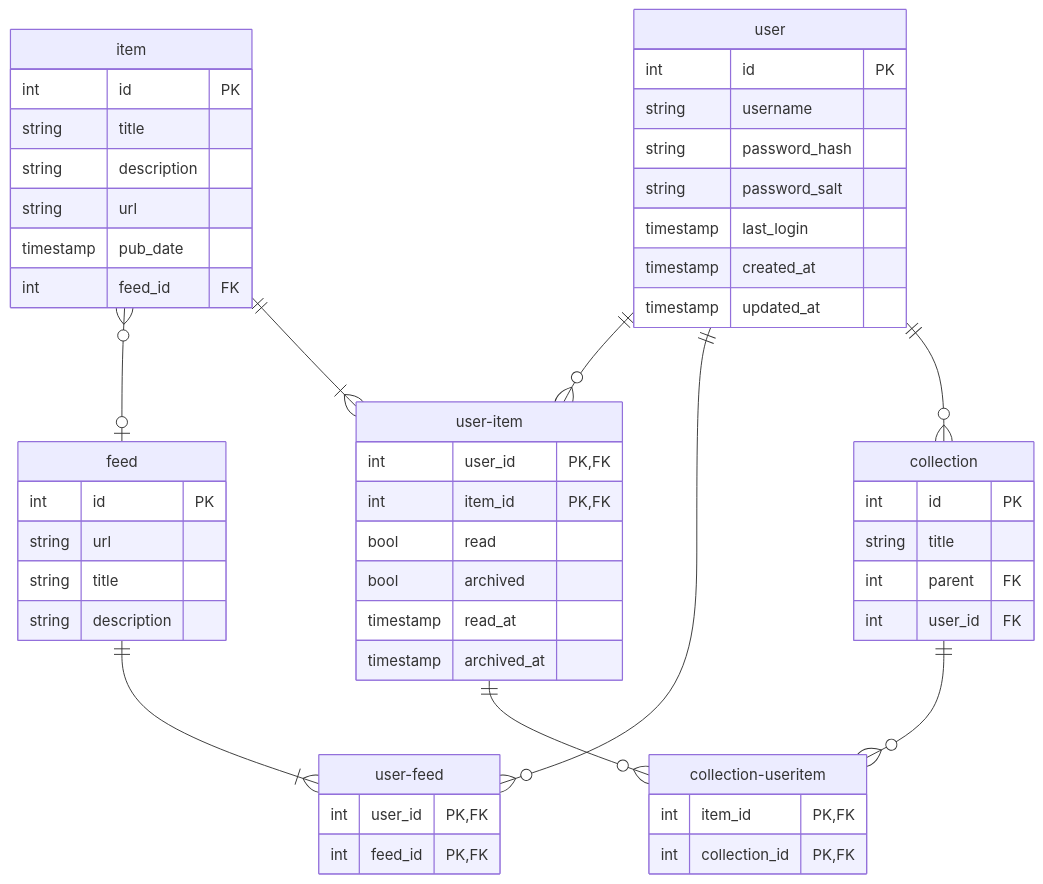
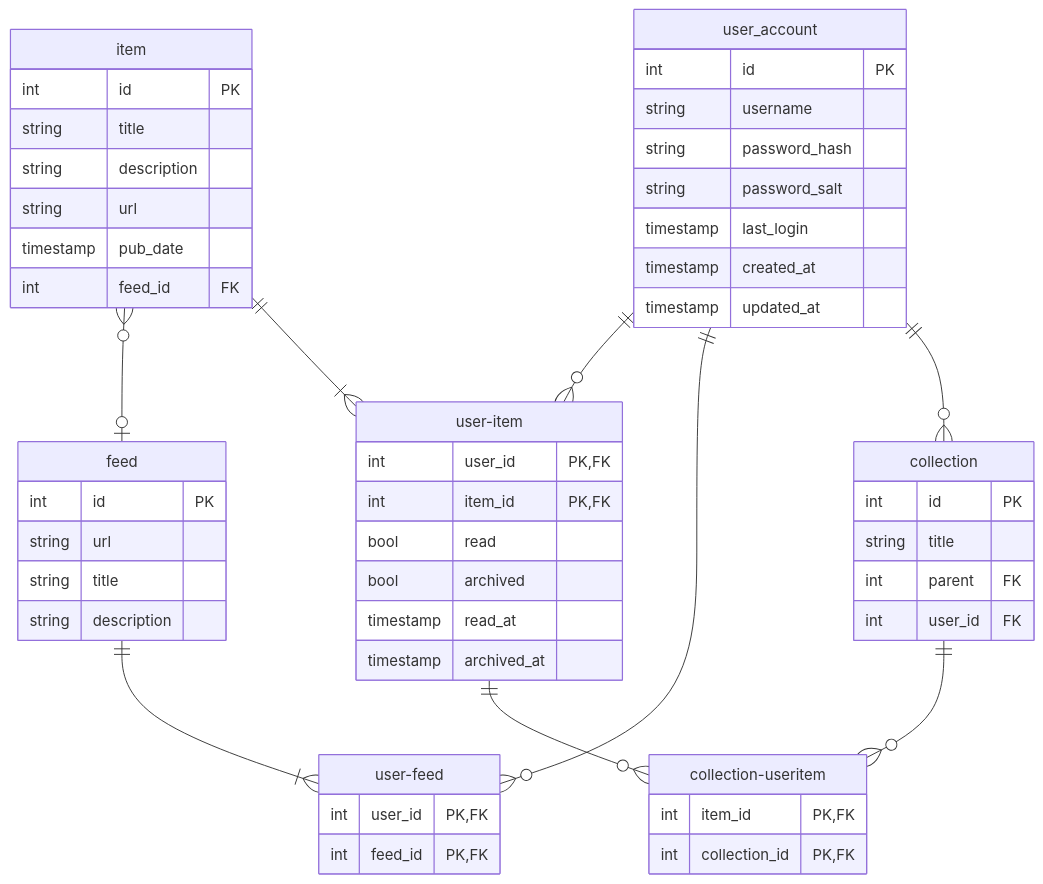
One commit to tylershelton/inflow changed the diagram in database/README.md. Above: the diagram before and after it, drawn with Mermaid. The commit also changed 1 other file, not shown here.

Commit message:
Rename `user` table to `user_account` to avoid colliding with a builtin postgres table

````diff
--- a/database/README.md
+++ b/database/README.md
@@ -3,60 +3,60 @@
 ```mermaid
 erDiagram
   collection {
 	  int id PK
 	  string title
 	  int parent FK
 	  int user_id FK
 	}
 	feed {
 		int id PK
 		string url
 		string title
 		string description
 	}
 	item {
 		int id PK
 		string title
 		string description
 		string url
 		timestamp pub_date
 		int feed_id FK
 	}
-	user {
+	user_account {
 		int id PK
 		string username
 		string password_hash
 		string password_salt
 		timestamp last_login
 		timestamp created_at
 		timestamp updated_at
 	}
 	collection-useritem {
 		int item_id PK,FK
 		int collection_id PK,FK
 	}
 	user-feed {
 		int user_id PK,FK
 		int feed_id PK,FK
 	}
 	user-item {
 		int user_id PK,FK
 		int item_id PK,FK
 		bool read
 		bool archived
 		timestamp read_at
 		timestamp archived_at
 	}
 	
 	item zero or many -- zero or one feed : ""
 	user-item one -- zero or more collection-useritem : ""
 	item one -- one or more user-item : ""
 
-	user one -- zero or more user-item : ""
-	user one -- zero or more user-feed : ""
-	user one -- zero or more collection : ""
+	user_account one -- zero or more user-item  : ""
+	user_account one -- zero or more user-feed  : ""
+	user_account one -- zero or more collection : ""
 	
 	feed one -- one or more user-feed : ""
 	
 	collection one -- zero or more collection-useritem : ""
 ```
````
